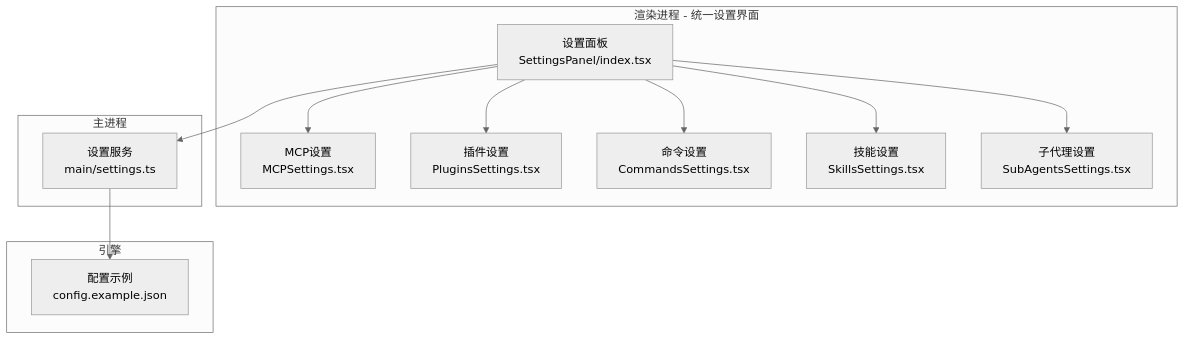
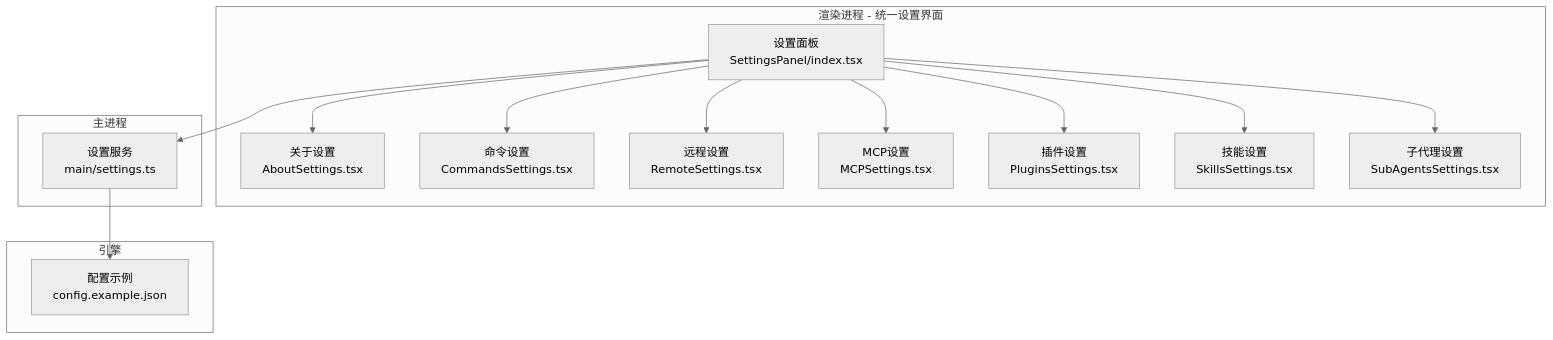
One commit to kkutysllb/KCoder changed the first of 3 diagrams in .qoder/repowiki/zh/content/用户指南/设置与配置/设置与配置.md. Above: the diagram before and after it, drawn with Mermaid (neutral theme). The commit also changed other lines of this file and 12 other files, not shown here.

````diff
--- a/.qoder/repowiki/zh/content/用户指南/设置与配置/设置与配置.md
+++ b/.qoder/repowiki/zh/content/用户指南/设置与配置/设置与配置.md
@@ -47,24 +50,28 @@
 ```mermaid
 graph TB
 subgraph "渲染进程 - 统一设置界面"
 SP["设置面板<br/>SettingsPanel/index.tsx"]
+ABOUT["关于设置<br/>AboutSettings.tsx"]
+CMDS["命令设置<br/>CommandsSettings.tsx"]
+REMOTE["远程设置<br/>RemoteSettings.tsx"]
 MCP["MCP设置<br/>MCPSettings.tsx"]
 PLUGINS["插件设置<br/>PluginsSettings.tsx"]
-CMDS["命令设置<br/>CommandsSettings.tsx"]
 SKILLS["技能设置<br/>SkillsSettings.tsx"]
 SUBAGENTS["子代理设置<br/>SubAgentsSettings.tsx"]
 end
 subgraph "主进程"
 MS["设置服务<br/>main/settings.ts"]
 end
 subgraph "引擎"
 CE["配置示例<br/>config.example.json"]
 end
+SP --> ABOUT
+SP --> CMDS
+SP --> REMOTE
 SP --> MCP
 SP --> PLUGINS
-SP --> CMDS
 SP --> SKILLS
 SP --> SUBAGENTS
 SP --> MS
 MS --> CE
 ```
````
